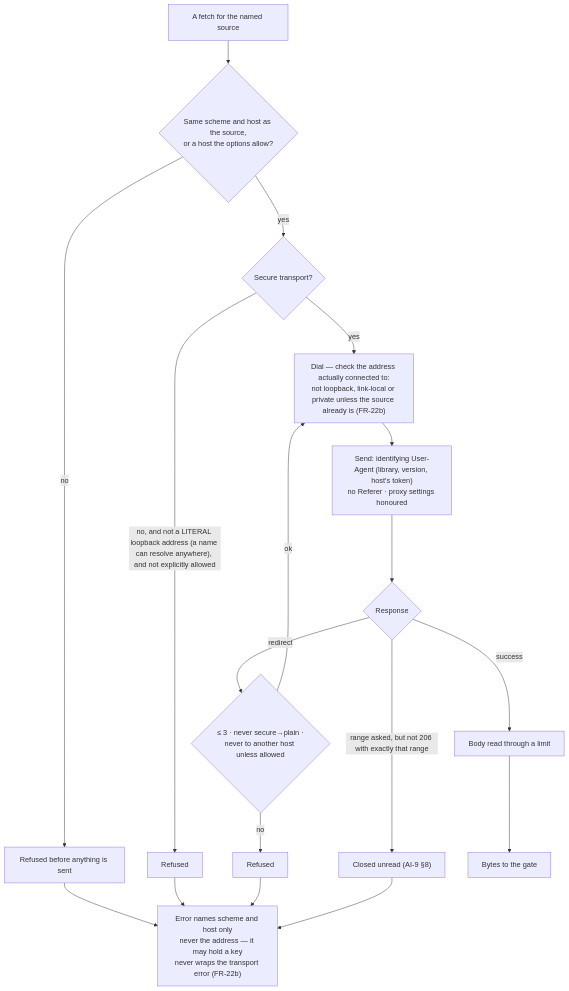
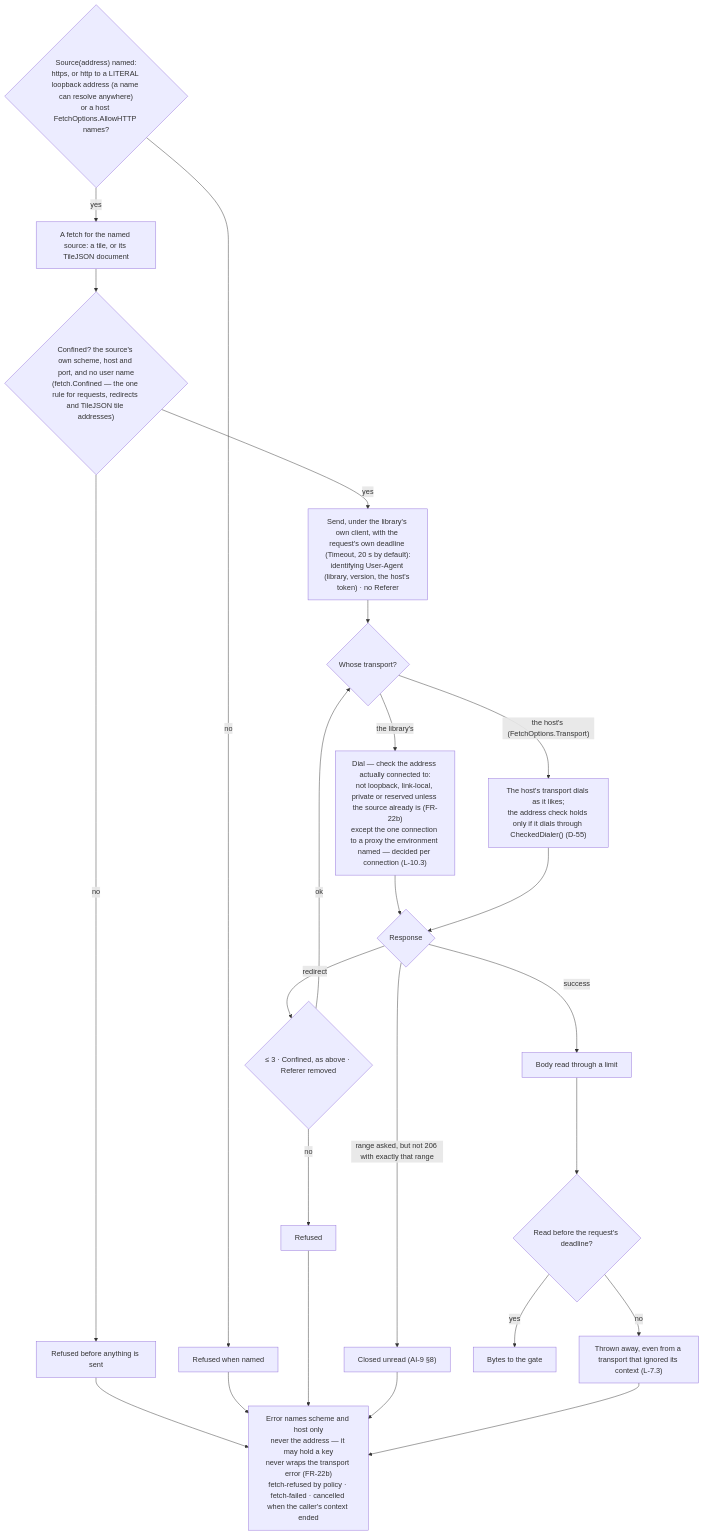
The second of 3 diagrams in 06_docs/02_features/go-tuimaps/03-architecture-design/L2-tiles.md (branden-thompson/go-tuimaps), drawn with Mermaid before and after one commit. The commit also changed other lines of this file and 544 other files, not shown here.

````diff
--- a/06_docs/02_features/go-tuimaps/03-architecture-design/L2-tiles.md
+++ b/06_docs/02_features/go-tuimaps/03-architecture-design/L2-tiles.md
@@ -48,17 +53,23 @@
 ```mermaid
 flowchart TB
-    REQ["A fetch for the named source"] --> SAME{"Same scheme and host as the source,<br/>or a host the options allow?"}
+    NAME{"Source(address) named:<br/>https, or http to a LITERAL loopback address (a name can resolve anywhere)<br/>or a host FetchOptions.AllowHTTP names?"}
+    NAME -- no --> X1["Refused when named"]
+    NAME -- yes --> REQ["A fetch for the named source: a tile, or its TileJSON document"]
+    REQ --> SAME{"Confined? the source's own scheme, host and port, and no user name<br/>(fetch.Confined — the one rule for requests, redirects and TileJSON tile addresses)"}
     SAME -- no --> X0["Refused before anything is sent"]
-    SAME -- yes --> T1{"Secure transport?"}
-    T1 -- "no, and not a LITERAL loopback address (a name can resolve anywhere), and not explicitly allowed" --> X1["Refused"]
-    T1 -- yes --> DIAL["Dial — check the address actually connected to:<br/>not loopback, link-local or private unless the source already is (FR-22b)"]
-    DIAL --> SEND["Send: identifying User-Agent (library, version, host's token)<br/>no Referer · proxy settings honoured"]
-    SEND --> RESP{"Response"}
-    RESP -- "redirect" --> RD{"≤ 3 · never secure→plain ·<br/>never to another host unless allowed"}
-    RD -- ok --> DIAL
+    SAME -- yes --> SEND["Send, under the library's own client, with the request's own deadline (Timeout, 20 s by default):<br/>identifying User-Agent (library, version, the host's token) · no Referer"]
+    SEND --> TR{"Whose transport?"}
+    TR -- "the library's" --> DIAL["Dial — check the address actually connected to:<br/>not loopback, link-local, private or reserved unless the source already is (FR-22b)<br/>except the one connection to a proxy the environment named — decided per connection (L-10.3)"]
+    TR -- "the host's (FetchOptions.Transport)" --> HDIAL["The host's transport dials as it likes;<br/>the address check holds only if it dials through CheckedDialer() (D-55)"]
+    DIAL --> RESP{"Response"}
+    HDIAL --> RESP
+    RESP -- "redirect" --> RD{"≤ 3 · Confined, as above · Referer removed"}
+    RD -- ok --> TR
     RD -- no --> X2["Refused"]
     RESP -- "range asked, but not 206 with exactly that range" --> X3["Closed unread (AI-9 §8)"]
     RESP -- "success" --> LIM["Body read through a limit"]
-    LIM --> OUT["Bytes to the gate"]
-    X0 & X1 & X2 & X3 --> ERR["Error names scheme and host only<br/>never the address — it may hold a key<br/>never wraps the transport error (FR-22b)"]
+    LIM --> LATE{"Read before the request's deadline?"}
+    LATE -- no --> X4["Thrown away, even from a transport that ignored its context (L-7.3)"]
+    LATE -- yes --> OUT["Bytes to the gate"]
+    X0 & X1 & X2 & X3 & X4 --> ERR["Error names scheme and host only<br/>never the address — it may hold a key<br/>never wraps the transport error (FR-22b)<br/>fetch-refused by policy · fetch-failed · cancelled when the caller's context ended"]
 ```
````
